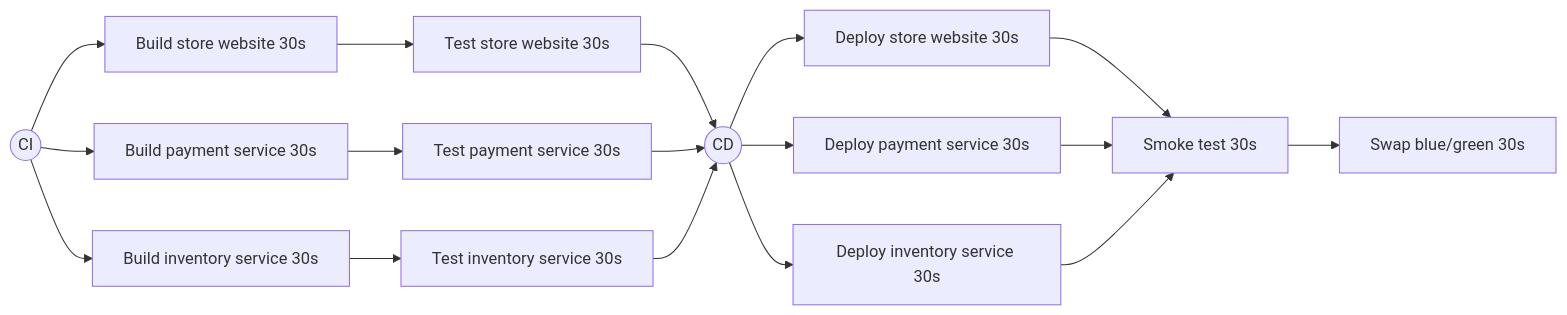
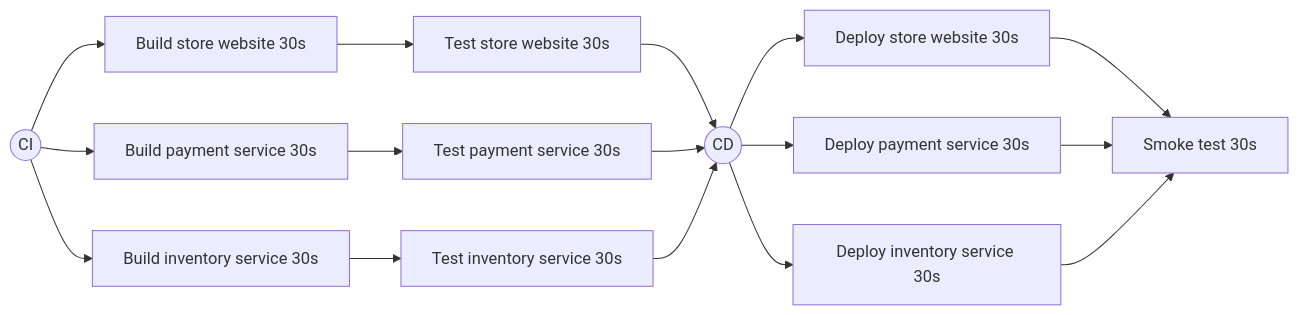
One commit to samsmithnz/ParallelPipelinesDemo changed the second of 2 diagrams in README.md. Above: the diagram before and after it, drawn with Mermaid. The commit also changed other lines of this file, not shown here.

````diff
--- a/README.md
+++ b/README.md
@@ -12,10 +12,9 @@
 ```mermaid
   graph LR;
       ci((CI))-->buildWeb[Build store website 30s]-->testWeb[Test store website 30s]-->cd((CD));
       ci((CI))-->buildPay[Build payment service 30s]-->testPay[Test payment service 30s]-->cd((CD));
       ci((CI))-->buildInv[Build inventory service 30s]-->testInv[Test inventory service 30s]-->cd((CD));
       cd((CD))-->deployWeb[Deploy store website 30s]-->smoke[Smoke test 30s];
       cd((CD))-->deployPay[Deploy payment service 30s]-->smoke[Smoke test 30s];
-      cd((CD))-->deployInv[Deploy inventory service 30s]-->smoke[Smoke test 30s];
-      smoke[Smoke test 30s]-->swap[Swap blue/green 30s];      
+      cd((CD))-->deployInv[Deploy inventory service 30s]-->smoke[Smoke test 30s];    
 ```
````
